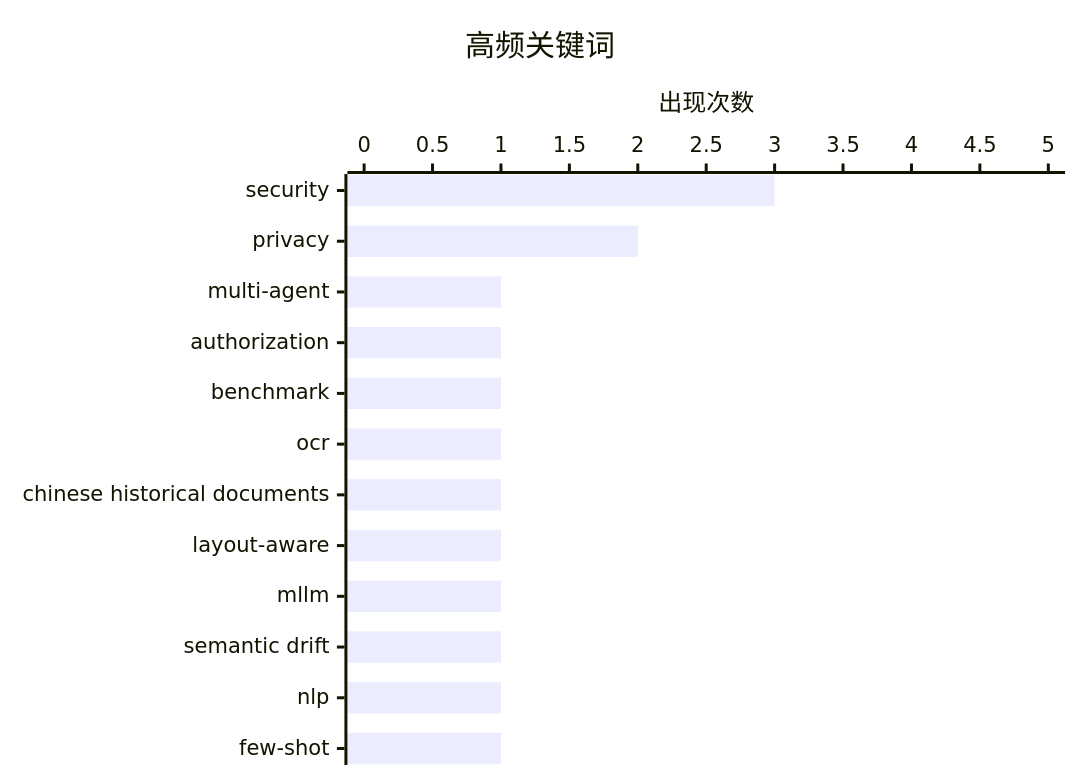
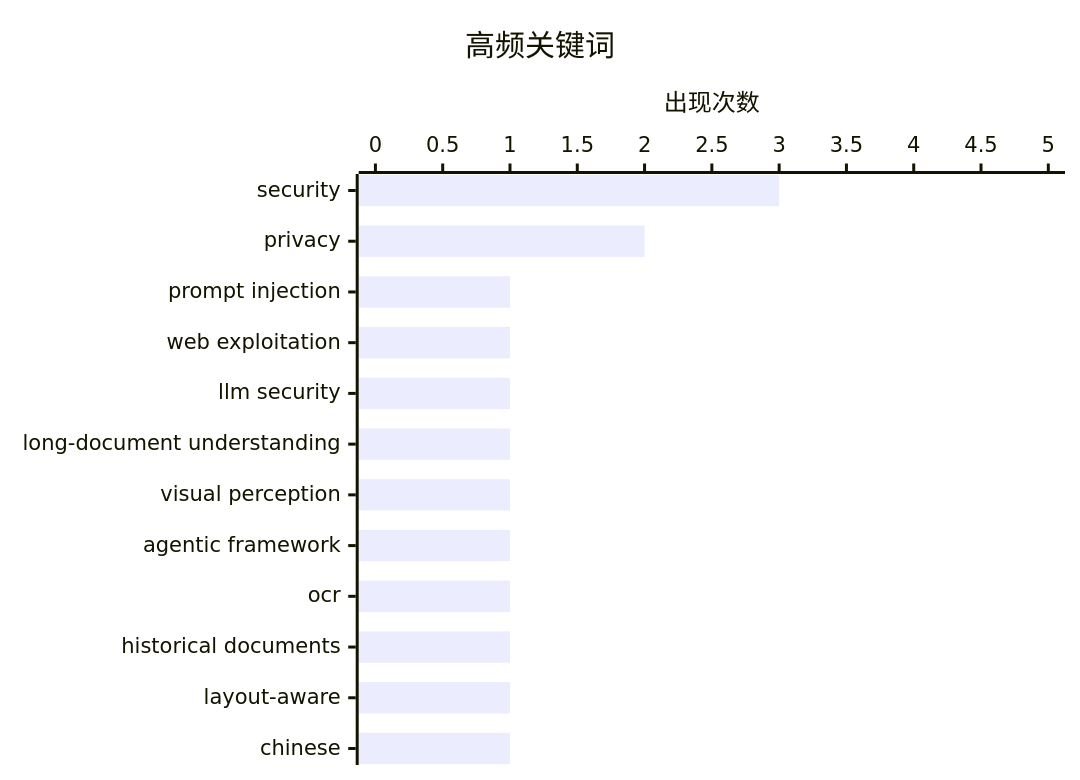
Before and after one commit to Halcyon-ccc/ai-daily-digest: the second of 2 diagrams in digests/digest-20260812.md, drawn with Mermaid. The commit also changed other lines of this file and 1 other file, not shown here.

````diff
--- a/digests/digest-20260812.md
+++ b/digests/digest-20260812.md
@@ -320,7 +333,7 @@
 ```mermaid
 xychart-beta horizontal
     title "高频关键词"
-    x-axis ["security", "privacy", "multi-agent", "authorization", "benchmark", "ocr", "chinese historical documents", "layout-aware", "mllm", "semantic drift", "nlp", "few-shot"]
+    x-axis ["security", "privacy", "prompt injection", "web exploitation", "llm security", "long-document understanding", "visual perception", "agentic framework", "ocr", "historical documents", "layout-aware", "chinese"]
     y-axis "出现次数" 0 --> 5
     bar [3, 2, 1, 1, 1, 1, 1, 1, 1, 1, 1, 1]
 ```
````
